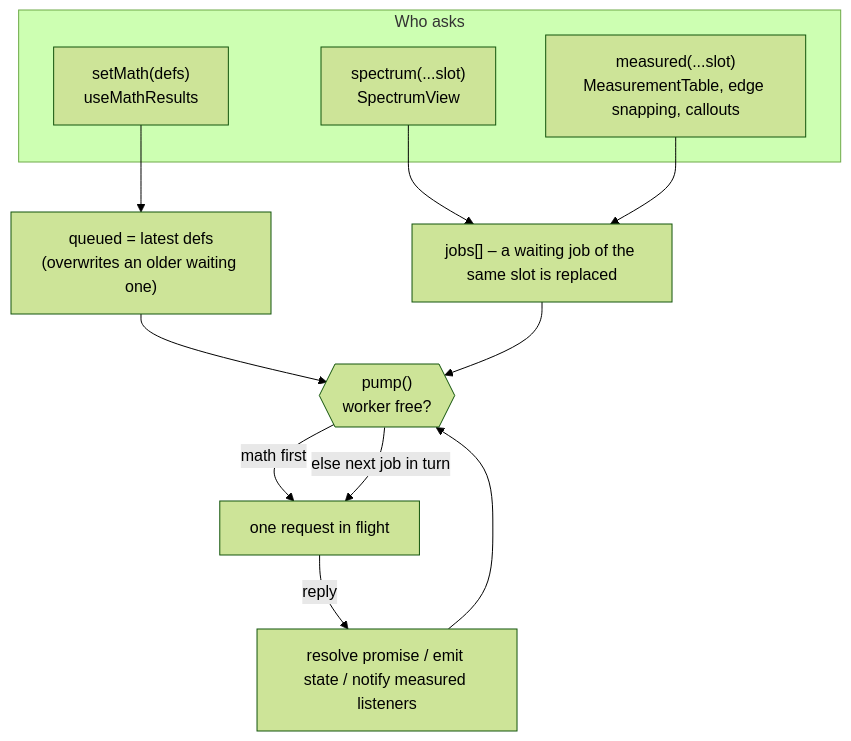
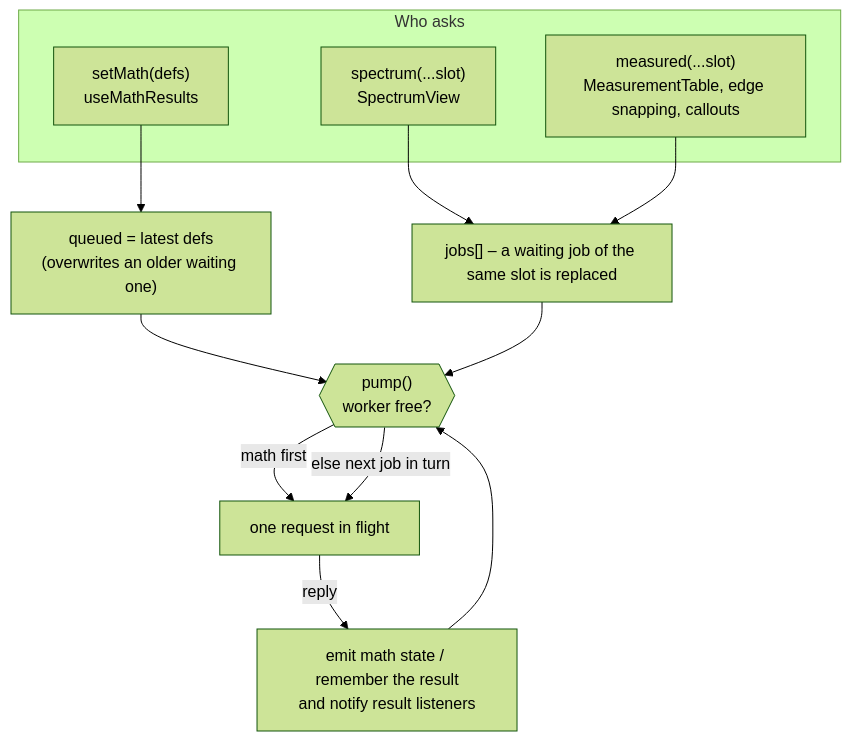
Before and after one commit to TeodorSameisky/SCOPE_VIEWER: the first of 2 diagrams in docs/workers-and-compute.md, drawn with Mermaid (forest theme). The commit also changed other lines of this file and 49 other files, not shown here.

````diff
--- a/docs/workers-and-compute.md
+++ b/docs/workers-and-compute.md
@@ -102,17 +102,17 @@
 ```mermaid
 flowchart TD
   subgraph Requests["Who asks"]
     M["setMath(defs)<br/>useMathResults"]
     S["spectrum(...slot)<br/>SpectrumView"]
     Me["measured(...slot)<br/>MeasurementTable, edge snapping, callouts"]
   end
   M --> Q1["queued = latest defs<br/>(overwrites an older waiting one)"]
   S --> Q2["jobs[] – a waiting job of the same slot is replaced"]
   Me --> Q2
   Q1 --> P{{"pump()<br/>worker free?"}}
   Q2 --> P
   P -->|"math first"| W["one request in flight"]
   P -->|"else next job in turn"| W
-  W -->|"reply"| R["resolve promise / emit state / notify measured listeners"]
+  W -->|"reply"| R["emit math state / remember the result<br/>and notify result listeners"]
   R --> P
 ```
````
